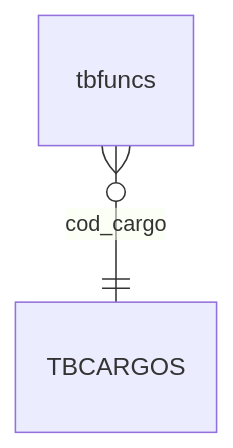
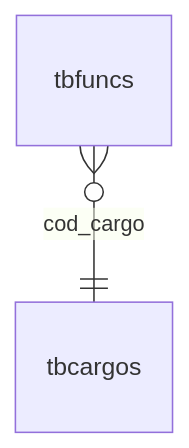
The diagram in README.md (l3gium/CBTLPR2_TP_04), drawn with Mermaid before and after one commit.

````diff
--- a/README.md
+++ b/README.md
@@ -23,4 +23,4 @@
    ```mermaid
    erDiagram
-   tbfuncs }o--|| TBCARGOS : "cod_cargo"
+   tbfuncs }o--|| tbcargos : "cod_cargo"
    ```
````
